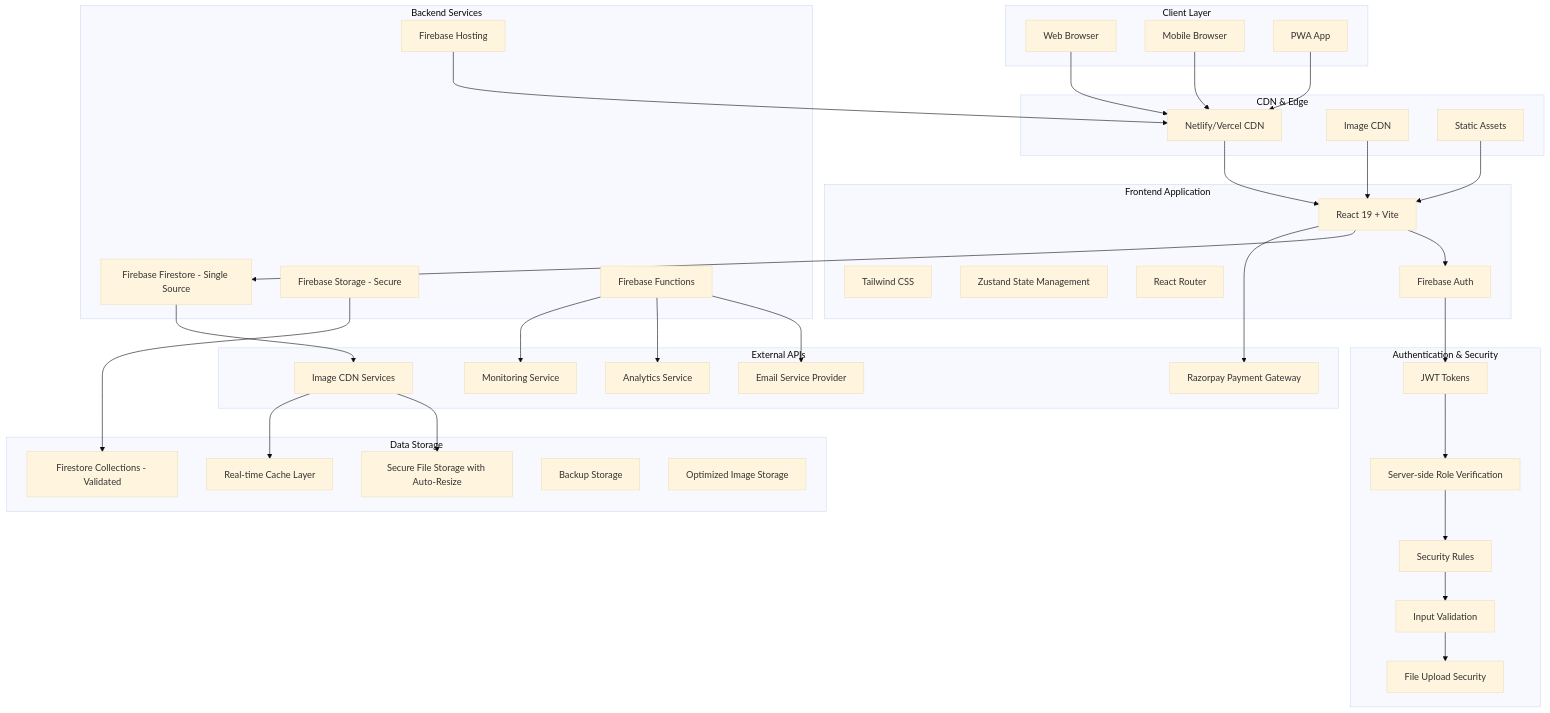
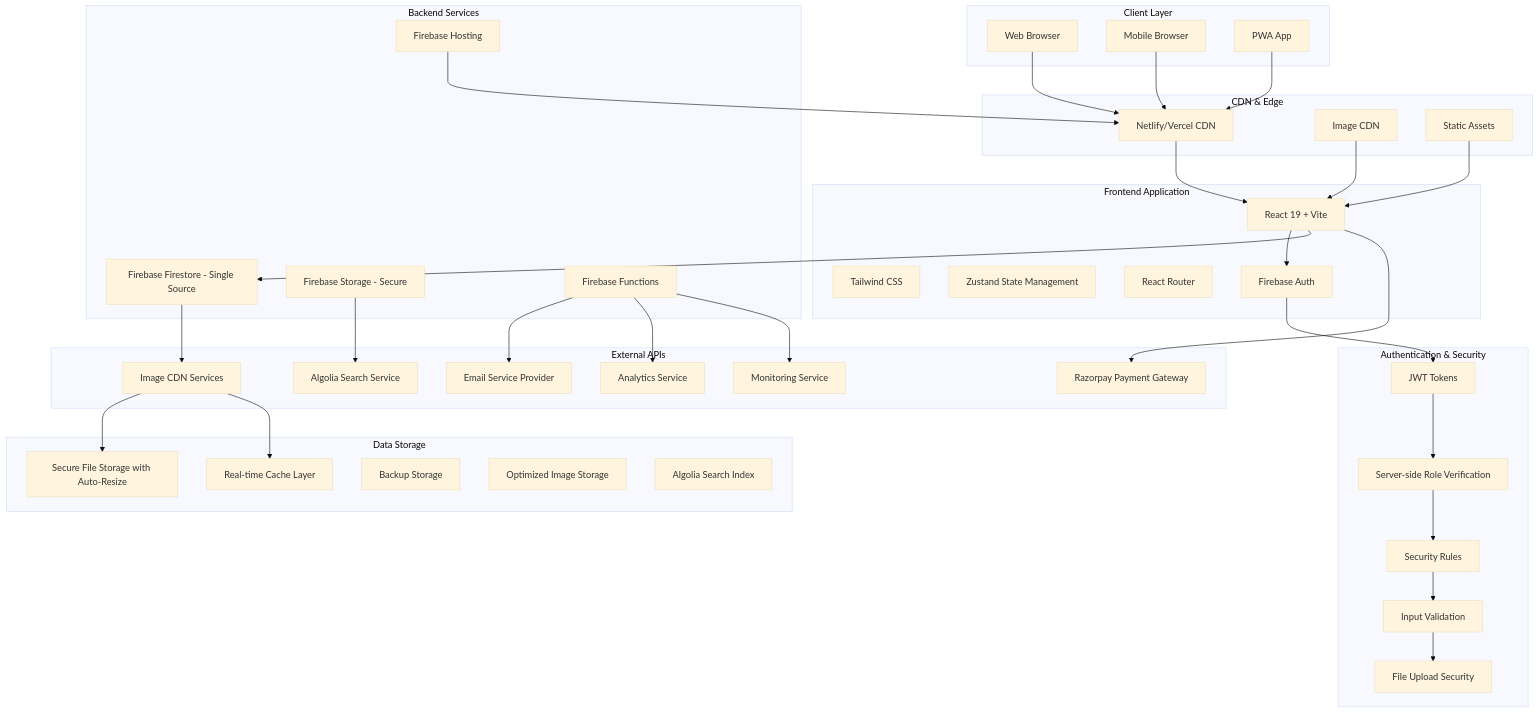
The first of 14 diagrams in SYSTEM_ARCHITECTURE.md (anathema43/diamo), drawn with Mermaid (base theme) before and after one commit. The commit also changed 3 other files, not shown here.

```diff
--- a/SYSTEM_ARCHITECTURE.md
+++ b/SYSTEM_ARCHITECTURE.md
@@ -60,14 +60,16 @@
         W[Analytics Service]
         X[Monitoring Service]
         Y[Image CDN Services]
+        Z[Algolia Search Service]
     end
     
     subgraph "Data Storage"
-        Z[Firestore Collections - Validated]
+        AA[Firestore Collections - Validated]
         AA[Secure File Storage with Auto-Resize]
         BB[Real-time Cache Layer]
         CC[Backup Storage]
         DD[Optimized Image Storage]
+        EE[Algolia Search Index]
     end
     
     A --> D
```
